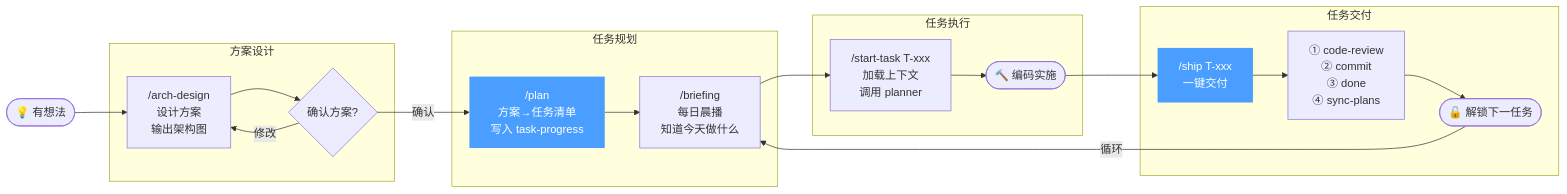
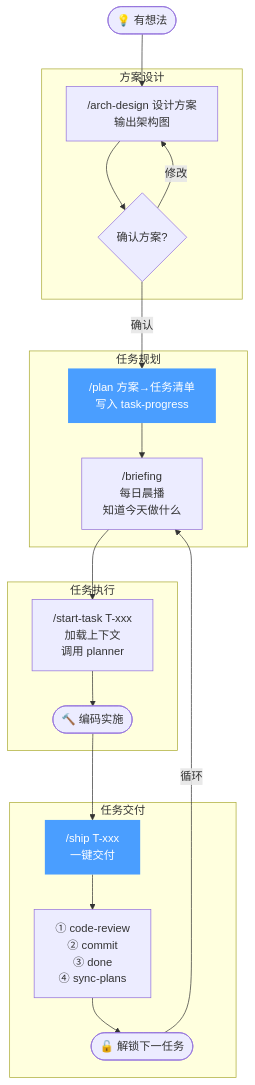
The first of 2 diagrams in README.md (Kucell/cortex-agent), drawn with Mermaid before and after one commit. The commit also changed other lines of this file and 12 other files, not shown here.

````diff
--- a/README.md
+++ b/README.md
@@ -115,30 +115,30 @@
 ```mermaid
-flowchart LR
+flowchart 
     A([💡 有想法]) --> B
 
     subgraph 方案设计
-        B["/arch-design\n设计方案\n输出架构图"] --> C{确认方案?}
+        B["/arch-design 设计方案 <br>输出架构图"] --> C{确认方案?}
         C -->|修改| B
     end
 
     subgraph 任务规划
-        C -->|确认| D["/plan\n方案→任务清单\n写入 task-progress"]
-        D --> E["/briefing\n每日晨播\n知道今天做什么"]
+        C -->|确认| D["/plan 方案→任务清单 <br>写入 task-progress"]
+        D --> E["/briefing <br>每日晨播<br>知道今天做什么"]
     end
 
     subgraph 任务执行
-        E --> F["/start-task T-xxx\n加载上下文\n调用 planner"]
+        E --> F["/start-task T-xxx<br>加载上下文<br>调用 planner"]
         F --> G([🔨 编码实施])
     end
 
     subgraph 任务交付
-        G --> H["/ship T-xxx\n一键交付"]
-        H --> I["① code-review\n② commit\n③ done\n④ sync-plans"]
+        G --> H["/ship T-xxx <br>一键交付"]
+        H --> I["① code-review<br>② commit<br>③ done<br>④ sync-plans"]
         I --> J([🔓 解锁下一任务])
     end
 
     J -->|循环| E
 
     style D fill:#4a9eff,color:#fff,stroke:none
     style H fill:#4a9eff,color:#fff,stroke:none
 ```
````
